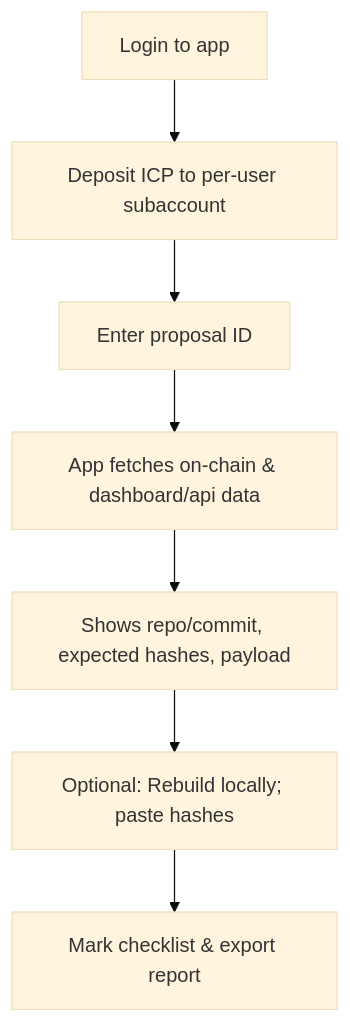
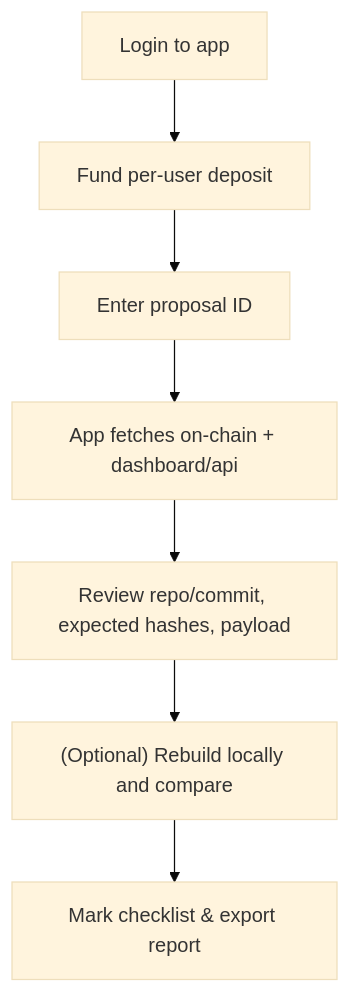
Before and after one commit to dickhery/proposal_verifier: the second of 2 diagrams in GUIDE.md, drawn with Mermaid (base theme). The commit also changed other lines of this file, not shown here.

````diff
--- a/GUIDE.md
+++ b/GUIDE.md
@@ -151,9 +149,9 @@
 ```mermaid
 flowchart TD
-  A[Login to app] --> B[Deposit ICP to per-user subaccount]
-  B --> C[Enter proposal ID]
-  C --> D[App fetches on-chain & dashboard/api data]
-  D --> E[Shows repo/commit, expected hashes, payload]
-  E --> F[Optional: Rebuild locally; paste hashes]
-  F --> G[Mark checklist & export report]
+  A["Login to app"] --> B["Fund per-user deposit"]
+  B --> C["Enter proposal ID"]
+  C --> D["App fetches on-chain + dashboard/api"]
+  D --> E["Review repo/commit, expected hashes, payload"]
+  E --> F["(Optional) Rebuild locally and compare"]
+  F --> G["Mark checklist & export report"]
 ```
````
